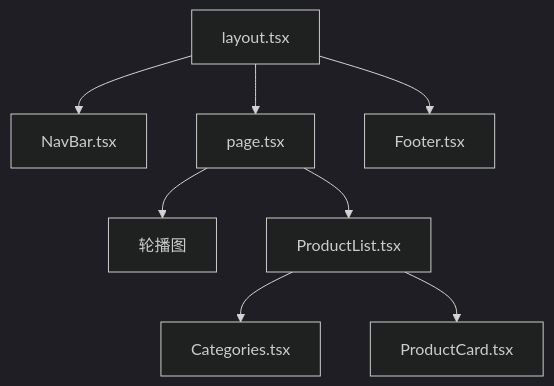
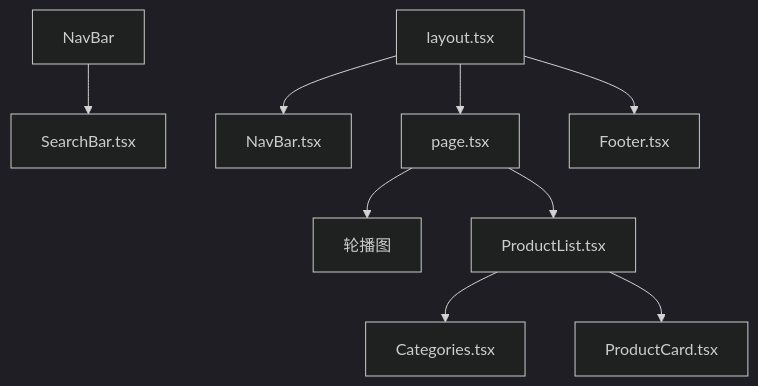
Before and after one commit to wealipay/blog: the diagram in source/_posts/Blender网站源码/流程图.md, drawn with Mermaid (dark theme).

```diff
--- a/source/_posts/Blender网站源码/流程图.md
+++ b/source/_posts/Blender网站源码/流程图.md
@@ -10,17 +10,19 @@
 {% mermaid %}
 graph TD;
 layout.tsx-->NavBar.tsx;
 click layout.tsx "https://blog.wealipay.top/posts/layout.html";
 click NavBar.tsx "https://blog.wealipay.top/posts/navbar.html";
+NavBar-->SearchBar.tsx;
+click SearchBar.tsx "https://blog.wealipay.top/posts/searchbar.html";
 layout.tsx-->page.tsx;
 click page.tsx "https://blog.wealipay.top/posts/page.html";
 layout.tsx-->Footer.tsx;
 click Footer.tsx "https://blog.wealipay.top/posts/footer.html";
 page.tsx-->轮播图;
 page.tsx-->ProductList.tsx;
 click ProductList.tsx "https://blog.wealipay.top/posts/productlist.html";
 ProductList.tsx-->Categories.tsx;
 click Categories.tsx "https://blog.wealipay.top/posts/categories.html";
 ProductList.tsx-->ProductCard.tsx;
 click ProductCard.tsx "https://blog.wealipay.top/posts/productcard.html";
 {% endmermaid %}
```
